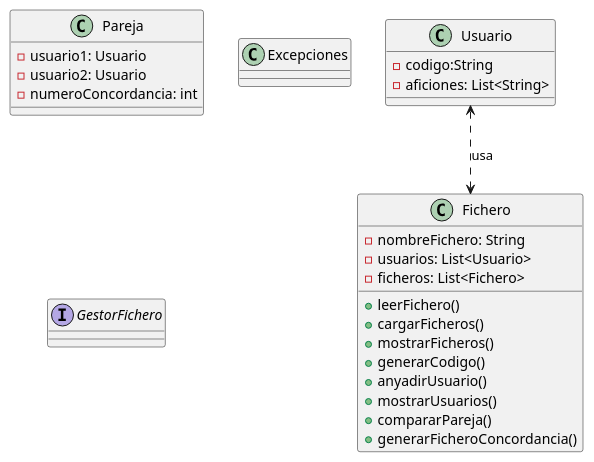
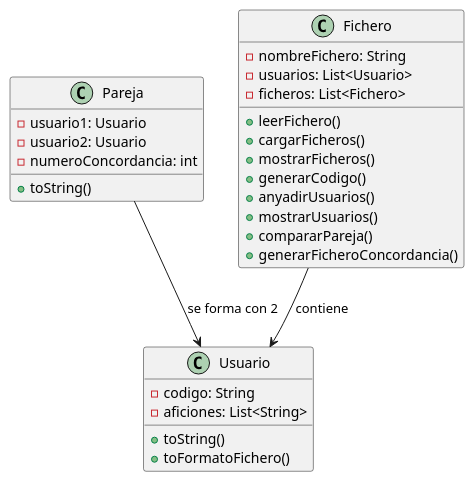
Before and after one commit to Jorgge22/Ficheros: the diagram in diseno.puml, drawn with PlantUML.

Commit message:
Mejora del diseño

```diff
--- a/diseno.puml
+++ b/diseno.puml
@@ -1,36 +1,34 @@
 @startuml ficheros
 class Usuario {
-    - codigo:String
+    - codigo: String
     - aficiones: List<String>
+    + toString()
+    + toFormatoFichero()
 }
 
 class Pareja {
     - usuario1: Usuario
     - usuario2: Usuario
     - numeroConcordancia: int
+    + toString()
 }
 
 class Fichero {
     - nombreFichero: String
     - usuarios: List<Usuario>
     - ficheros: List<Fichero>
 
     + leerFichero()
     + cargarFicheros()
     + mostrarFicheros()
     + generarCodigo()
-    + anyadirUsuario()
+    + anyadirUsuarios()
     + mostrarUsuarios()
     + compararPareja()
     + generarFicheroConcordancia()
 }
 
-class Excepciones {
+Fichero --> Usuario : contiene
+Pareja --> Usuario : se forma con 2
 
-}
-
-interface GestorFichero {
-}
-
-Usuario <..> Fichero : usa
 @enduml
```
